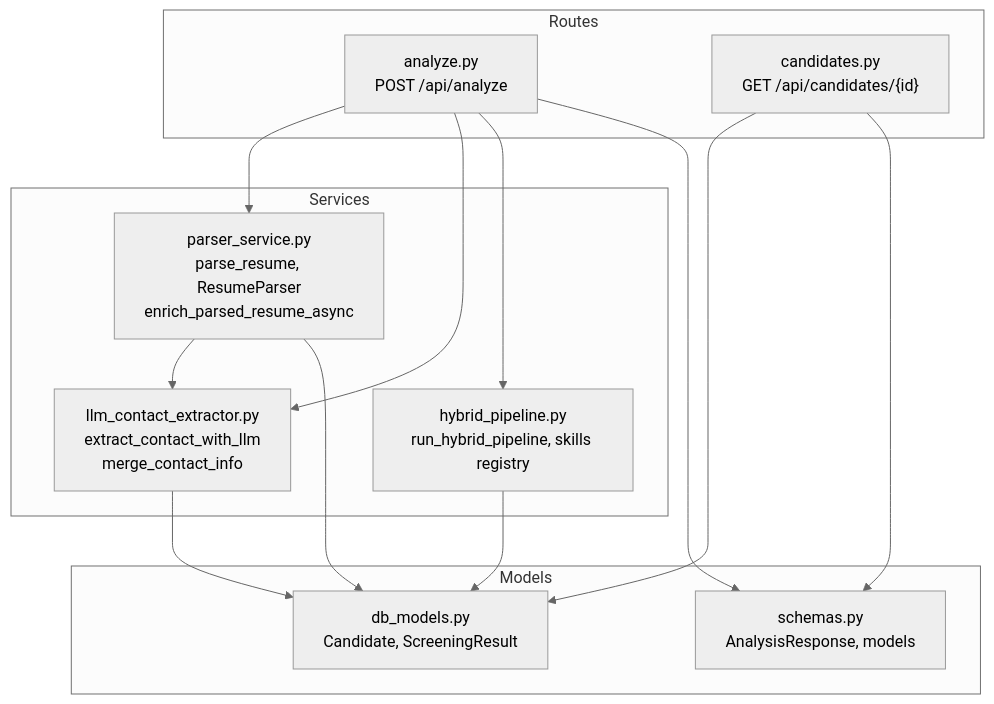
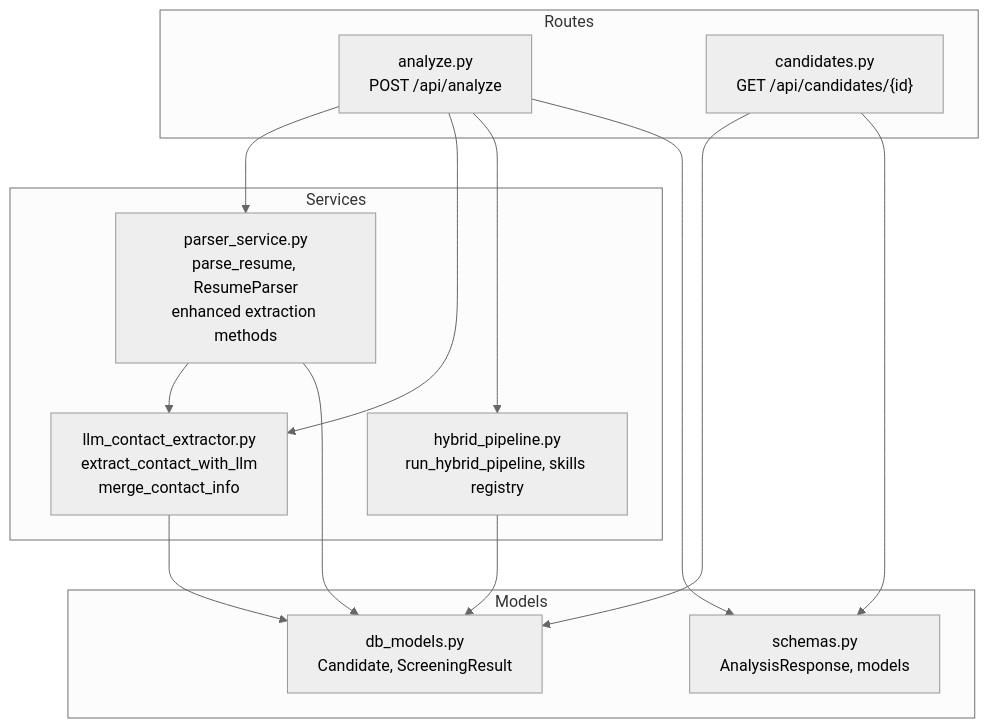
One commit to Revanththetalogics/aireume changed the first of 12 diagrams in .qoder/repowiki/en/content/Candidate Management/Resume Parsing and Extraction.md. Above: the diagram before and after it, drawn with Mermaid (neutral theme). The commit also changed other lines of this file and 41 other files, not shown here.

````diff
--- a/.qoder/repowiki/en/content/Candidate Management/Resume Parsing and Extraction.md
+++ b/.qoder/repowiki/en/content/Candidate Management/Resume Parsing and Extraction.md
@@ -50,26 +53,26 @@
 ```mermaid
 graph TB
 subgraph "Routes"
 A["analyze.py<br/>POST /api/analyze"]
 B["candidates.py<br/>GET /api/candidates/{id}"]
 end
 subgraph "Services"
-C["parser_service.py<br/>parse_resume, ResumeParser<br/>enrich_parsed_resume_async"]
+C["parser_service.py<br/>parse_resume, ResumeParser<br/>enhanced extraction methods"]
 D["llm_contact_extractor.py<br/>extract_contact_with_llm<br/>merge_contact_info"]
 E["hybrid_pipeline.py<br/>run_hybrid_pipeline, skills registry"]
 end
 subgraph "Models"
 F["db_models.py<br/>Candidate, ScreeningResult"]
 G["schemas.py<br/>AnalysisResponse, models"]
 end
 A --> C
 A --> D
 A --> E
 B --> F
 C --> D
 C --> F
 D --> F
 E --> F
 A --> G
 B --> G
 ```
````
